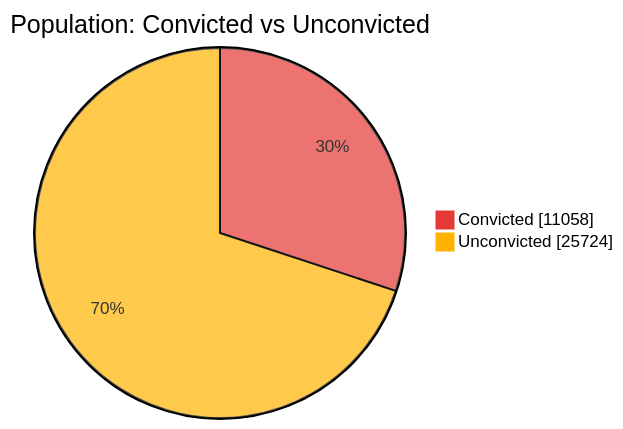
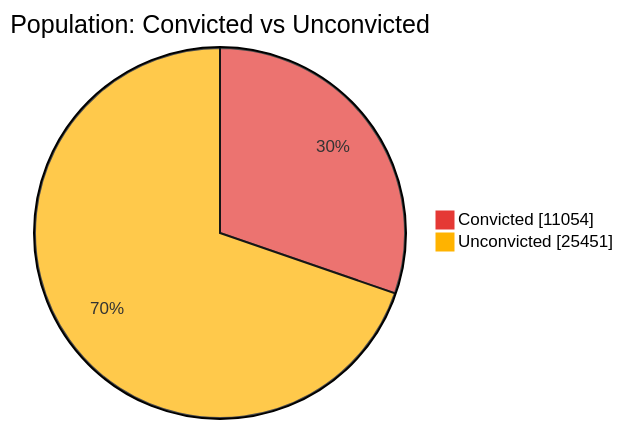
Before and after one commit to nuuuwan/lk_prisons: the first of 7 diagrams in README.md, drawn with Mermaid. The commit also changed other lines of this file and 1 other file, not shown here.

````diff
--- a/README.md
+++ b/README.md
@@ -43,6 +43,6 @@
 ```mermaid
 %%{init: {'themeVariables': {'pie1': '#E53935', 'pie2': '#FFB300'}}}%%
 pie showData title Population: Convicted vs Unconvicted
-    "Convicted" : 11058
-    "Unconvicted" : 25724
+    "Convicted" : 11054
+    "Unconvicted" : 25451
 ```
````
